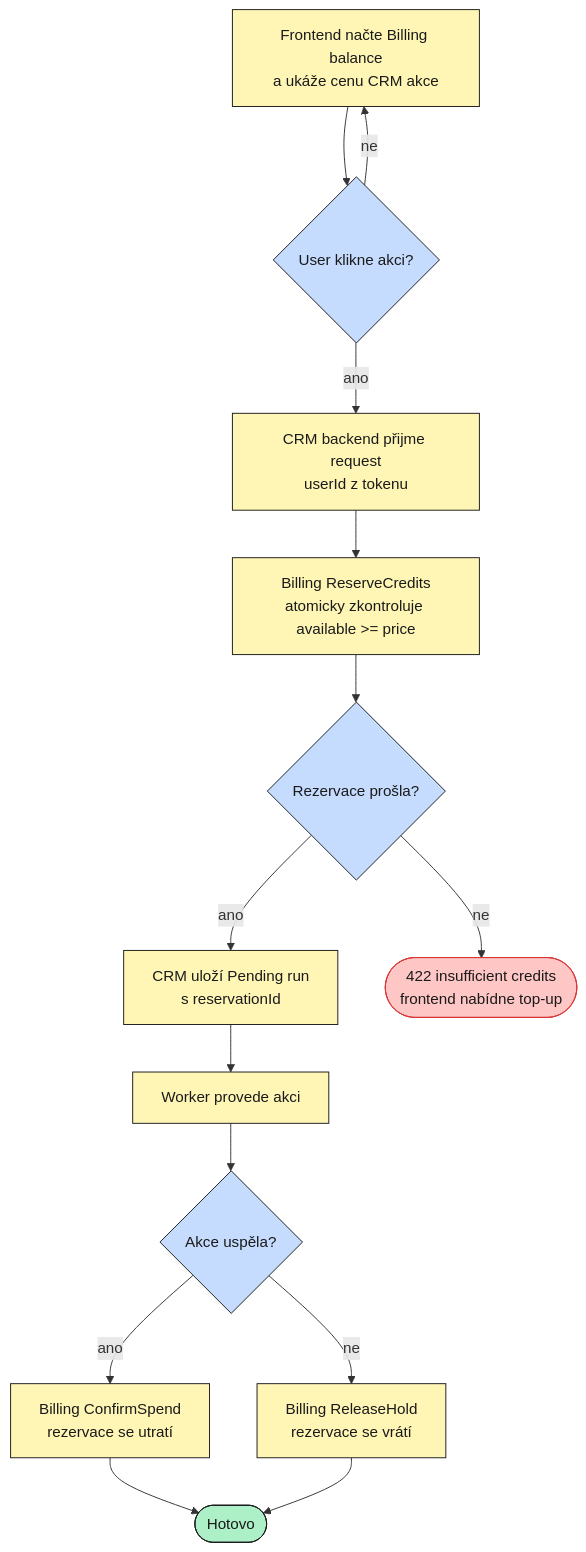
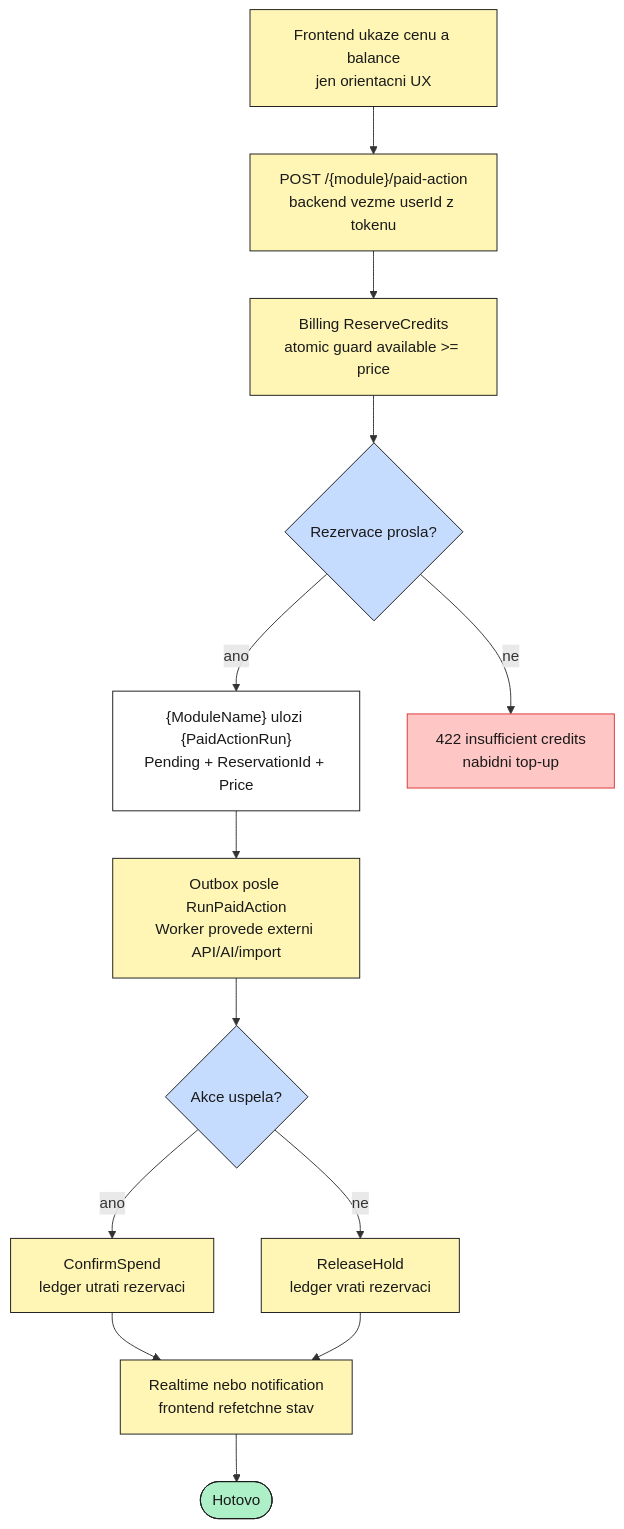
The fourth of 7 diagrams in CRM_MODULE_ARCHITECTURE.md (SolutionBox-corp/ModularPlatform), drawn with Mermaid before and after one commit. The commit also changed other lines of this file, not shown here.

Commit message:
docs: generalize module architecture guide

````diff
--- a/CRM_MODULE_ARCHITECTURE.md
+++ b/CRM_MODULE_ARCHITECTURE.md
@@ -470,29 +348,27 @@
 ```mermaid
 flowchart TB
     classDef proc fill:#fff6b6,stroke:#1a1a1a,color:#1a1a1a
     classDef dec fill:#c6dcff,stroke:#1a1a1a,color:#1a1a1a
-    classDef term fill:#adf0c7,stroke:#1a1a1a,color:#1a1a1a
     classDef data fill:#ffffff,stroke:#1a1a1a,color:#1a1a1a
     classDef err fill:#ffc6c6,stroke:#d93636,color:#1a1a1a
+    classDef term fill:#adf0c7,stroke:#1a1a1a,color:#1a1a1a
 
-    UI["Frontend načte Billing balance<br/>a ukáže cenu CRM akce"]:::proc
-    CLICK{"User klikne akci?"}:::dec
-    REQUEST["CRM backend přijme request<br/>userId z tokenu"]:::proc
-    RESERVE["Billing ReserveCredits<br/>atomicky zkontroluje available >= price"]:::proc
-    OK{"Rezervace prošla?"}:::dec
-    RUN["CRM uloží Pending run<br/>s reservationId"]:::proc
-    WORKER["Worker provede akci"]:::proc
-    SUCCESS{"Akce uspěla?"}:::dec
-    CONFIRM["Billing ConfirmSpend<br/>rezervace se utratí"]:::proc
-    RELEASE["Billing ReleaseHold<br/>rezervace se vrátí"]:::proc
+    UI["Frontend ukaze cenu a balance<br/>jen orientacni UX"]:::proc
+    POST["POST /{module}/paid-action<br/>backend vezme userId z tokenu"]:::proc
+    RESERVE["Billing ReserveCredits<br/>atomic guard available >= price"]:::proc
+    OK{"Rezervace prosla?"}:::dec
+    RUN["{ModuleName} ulozi {PaidActionRun}<br/>Pending + ReservationId + Price"]:::data
+    QUEUE["Outbox posle RunPaidAction<br/>Worker provede externi API/AI/import"]:::proc
+    SUCCESS{"Akce uspela?"}:::dec
+    CONFIRM["ConfirmSpend<br/>ledger utrati rezervaci"]:::proc
+    RELEASE["ReleaseHold<br/>ledger vrati rezervaci"]:::proc
+    RT["Realtime nebo notification<br/>frontend refetchne stav"]:::proc
     DONE(["Hotovo"]):::term
-    NO(["422 insufficient credits<br/>frontend nabídne top-up"]):::err
+    NO["422 insufficient credits<br/>nabidni top-up"]:::err
 
-    UI --> CLICK
-    CLICK -->|"ano"| REQUEST --> RESERVE --> OK
-    CLICK -->|"ne"| UI
+    UI --> POST --> RESERVE --> OK
     OK -->|"ne"| NO
-    OK -->|"ano"| RUN --> WORKER --> SUCCESS
-    SUCCESS -->|"ano"| CONFIRM --> DONE
-    SUCCESS -->|"ne"| RELEASE --> DONE
+    OK -->|"ano"| RUN --> QUEUE --> SUCCESS
+    SUCCESS -->|"ano"| CONFIRM --> RT --> DONE
+    SUCCESS -->|"ne"| RELEASE --> RT
 ```
````
